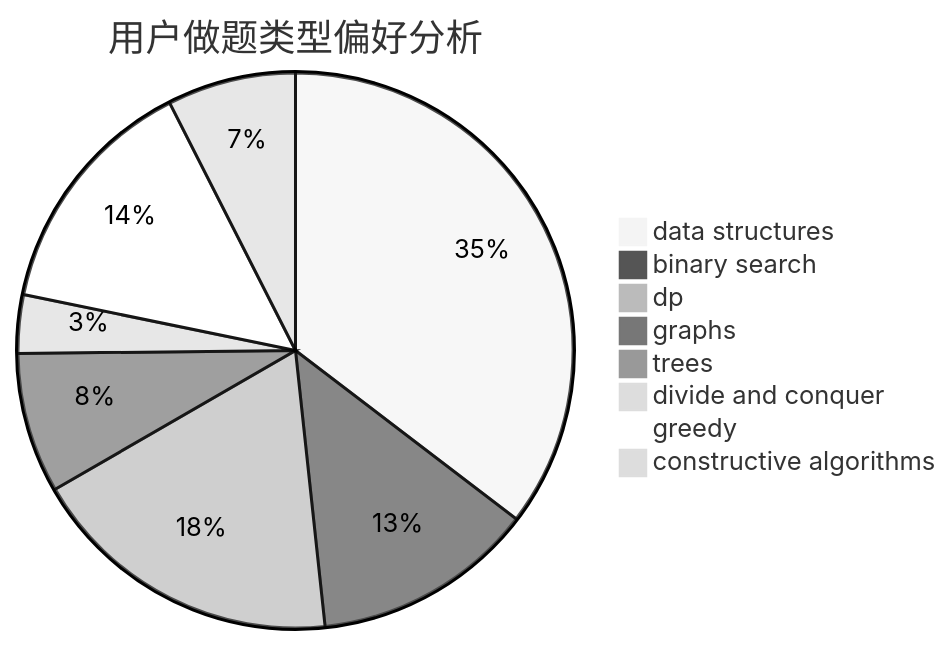
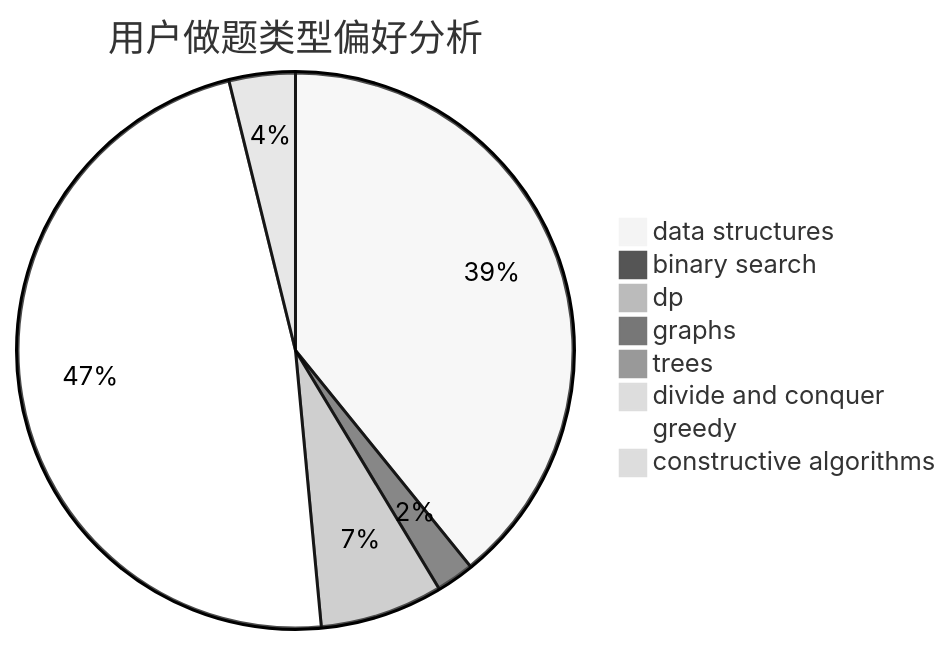
Before and after one commit to sherpahu/cfrs.github.io: the second of 3 diagrams in docs/user/u2118.md, drawn with Mermaid (neutral theme). The commit also changed other lines of this file and 2770 other files, not shown here.

````diff
--- a/docs/user/u2118.md
+++ b/docs/user/u2118.md
@@ -23,11 +23,11 @@
 ```mermaid
 pie title 用户做题类型偏好分析
-    "data structures" :  52
-    "binary search" :  19
-    "dp" :  27
-    "graphs" :  12
-    "trees" :  0
-    "divide and conquer" :  5
-    "greedy" :  21
-    "constructive algorithms" :  11
+    "data structures" :  356
+    "binary search" :  20
+    "dp" :  65
+    "graphs" :  6
+    "trees" :  7
+    "divide and conquer" :  0
+    "greedy" :  433
+    "constructive algorithms" :  35
 ```
````
